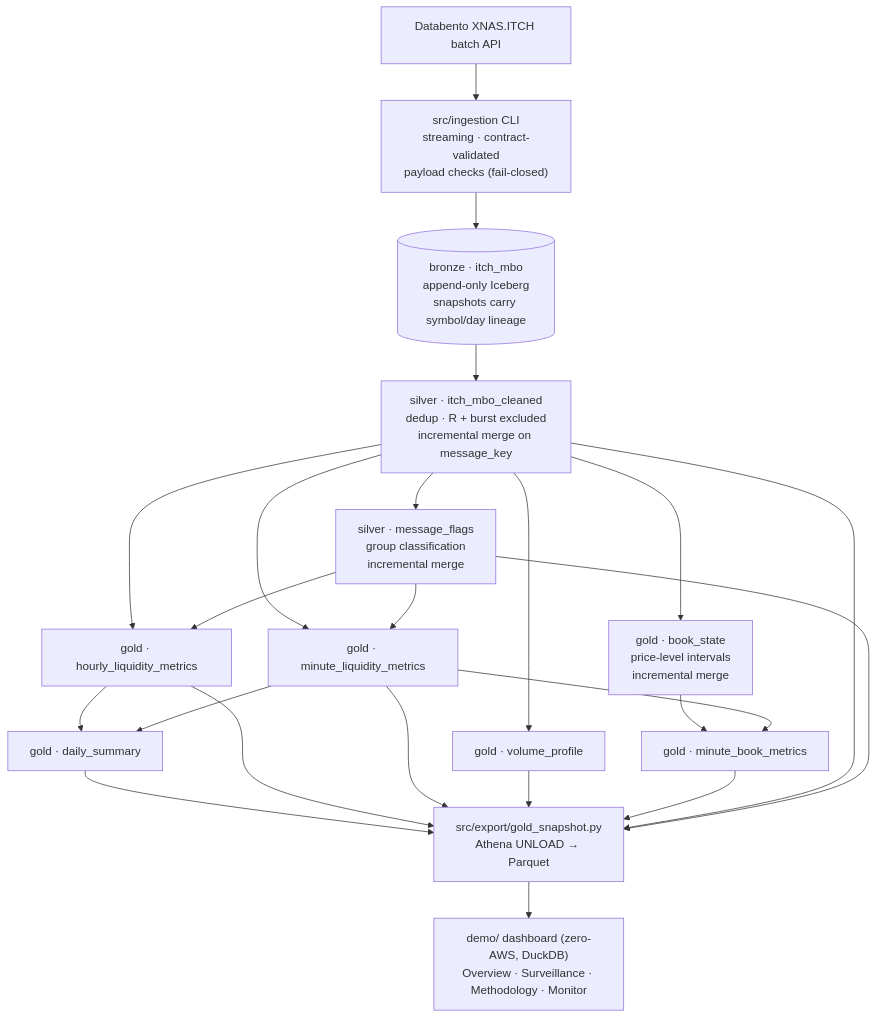
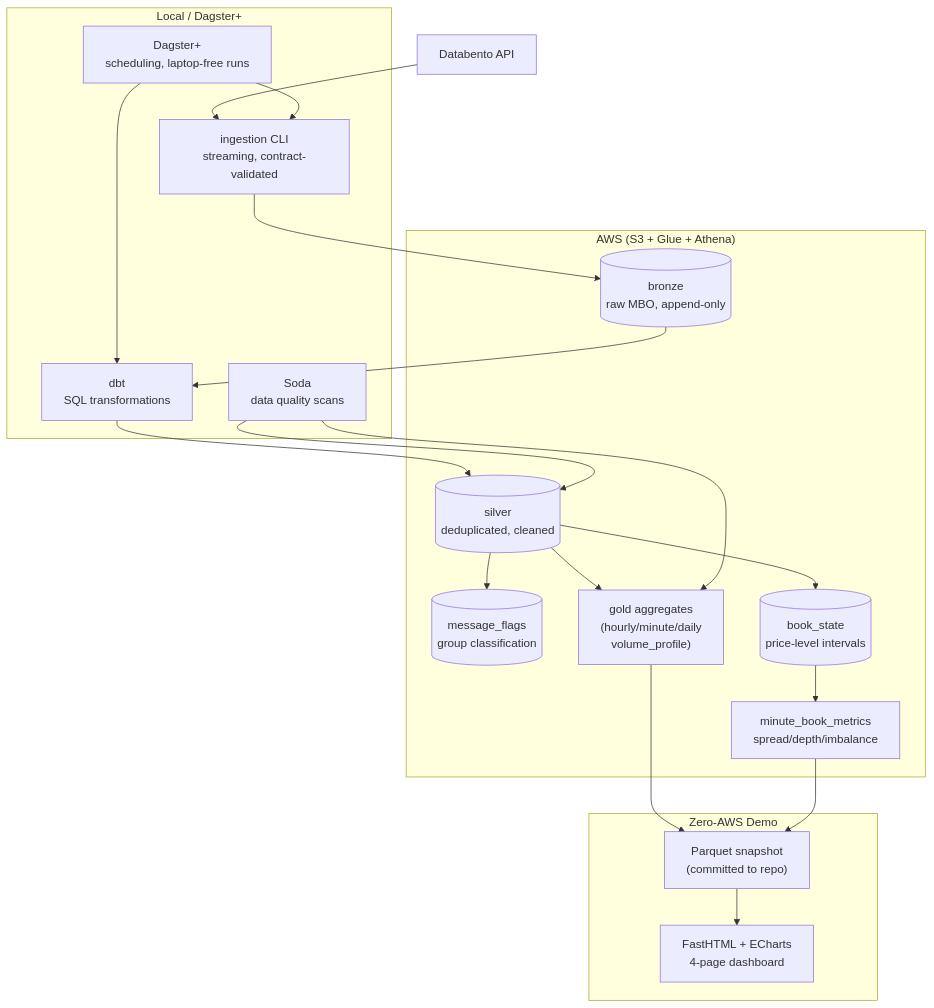
One commit to nbaubek/market-surveillance-analysis changed the first of 2 diagrams in README.md. Above: the diagram before and after it, drawn with Mermaid. The commit also changed other lines of this file and 1 other file, not shown here.

````diff
--- a/README.md
+++ b/README.md
@@ -160,28 +37,31 @@
 ```mermaid
 flowchart TD
-    dbn["Databento XNAS.ITCH batch API"] --> ingest["src/ingestion CLI<br/>streaming · contract-validated<br/>payload checks (fail-closed)"]
-    ingest --> bronze[("bronze · itch_mbo<br/>append-only Iceberg<br/>snapshots carry symbol/day lineage")]
+    subgraph AWS["AWS (S3 + Glue + Athena)"]
+        BR[("bronze<br/>raw MBO, append-only")]
+        SI[("silver<br/>deduplicated, cleaned")]
+        FL[("message_flags<br/>group classification")]
+        G1["gold aggregates<br/>(hourly/minute/daily<br/>volume_profile)"]
+        BS[("book_state<br/>price-level intervals")]
+        MB["minute_book_metrics<br/>spread/depth/imbalance"]
+    end
 
-    bronze --> silver["silver · itch_mbo_cleaned<br/>dedup · R + burst excluded<br/>incremental merge on message_key"]
-    silver --> flags["silver · message_flags<br/>group classification<br/>incremental merge"]
-    silver --> bs["gold · book_state<br/>price-level intervals<br/>incremental merge"]
+    subgraph LOCAL["Local / Dagster+"]
+        ING["ingestion CLI<br/>streaming, contract-validated"]
+        DBT["dbt<br/>SQL transformations"]
+        SODA["Soda<br/>data quality scans"]
+        DGS["Dagster+<br/>scheduling, laptop-free runs"]
+    end
 
-    silver --> hourly["gold · hourly_liquidity_metrics"]
-    flags --> hourly
-    silver --> minute["gold · minute_liquidity_metrics"]
-    flags --> minute
-    hourly --> daily["gold · daily_summary"]
-    minute --> daily
-    silver --> vp["gold · volume_profile"]
-    bs --> mbm["gold · minute_book_metrics"]
-    minute --> mbm
+    subgraph DEMO["Zero-AWS Demo"]
+        SNAP["Parquet snapshot<br/>(committed to repo)"]
+        APP["FastHTML + ECharts<br/>4-page dashboard"]
+    end
 
-    daily --> export["src/export/gold_snapshot.py<br/>Athena UNLOAD → Parquet"]
-    hourly --> export
-    minute --> export
-    vp --> export
-    mbm --> export
-    silver --> export
-    flags --> export
-    export --> demo["demo/ dashboard (zero-AWS, DuckDB)<br/>Overview · Surveillance · Methodology · Monitor"]
+    DBN["Databento API"] --> ING --> BR
+    BR --> DBT --> SI --> FL
+    SI --> G1
+    SI --> BS --> MB
+    SODA --> SI & G1
+    DGS --> ING & DBT
+    G1 & MB --> SNAP --> APP
 ```
````
